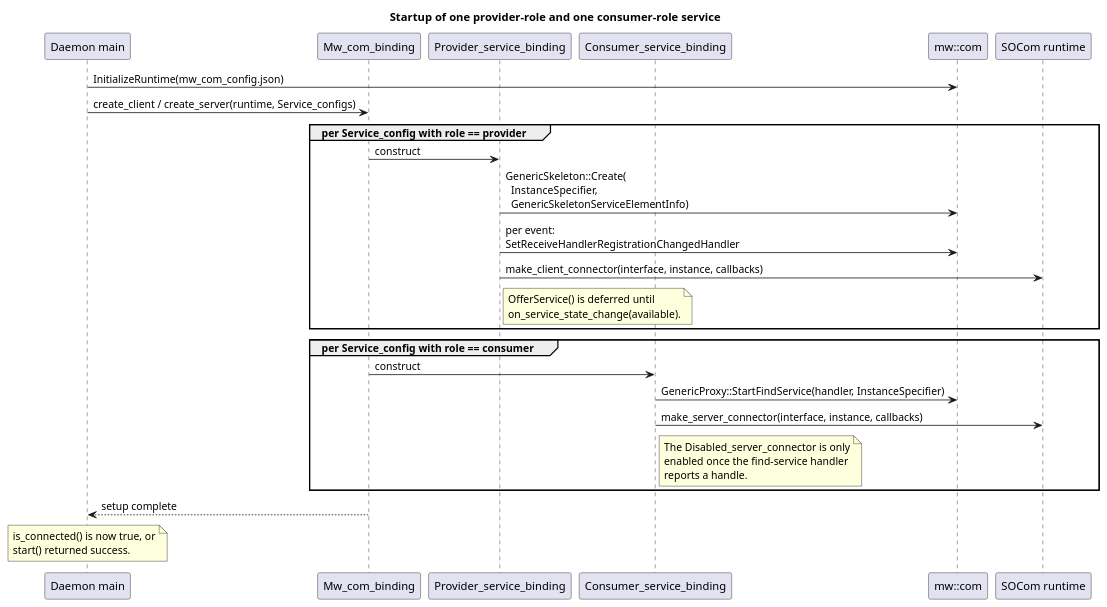
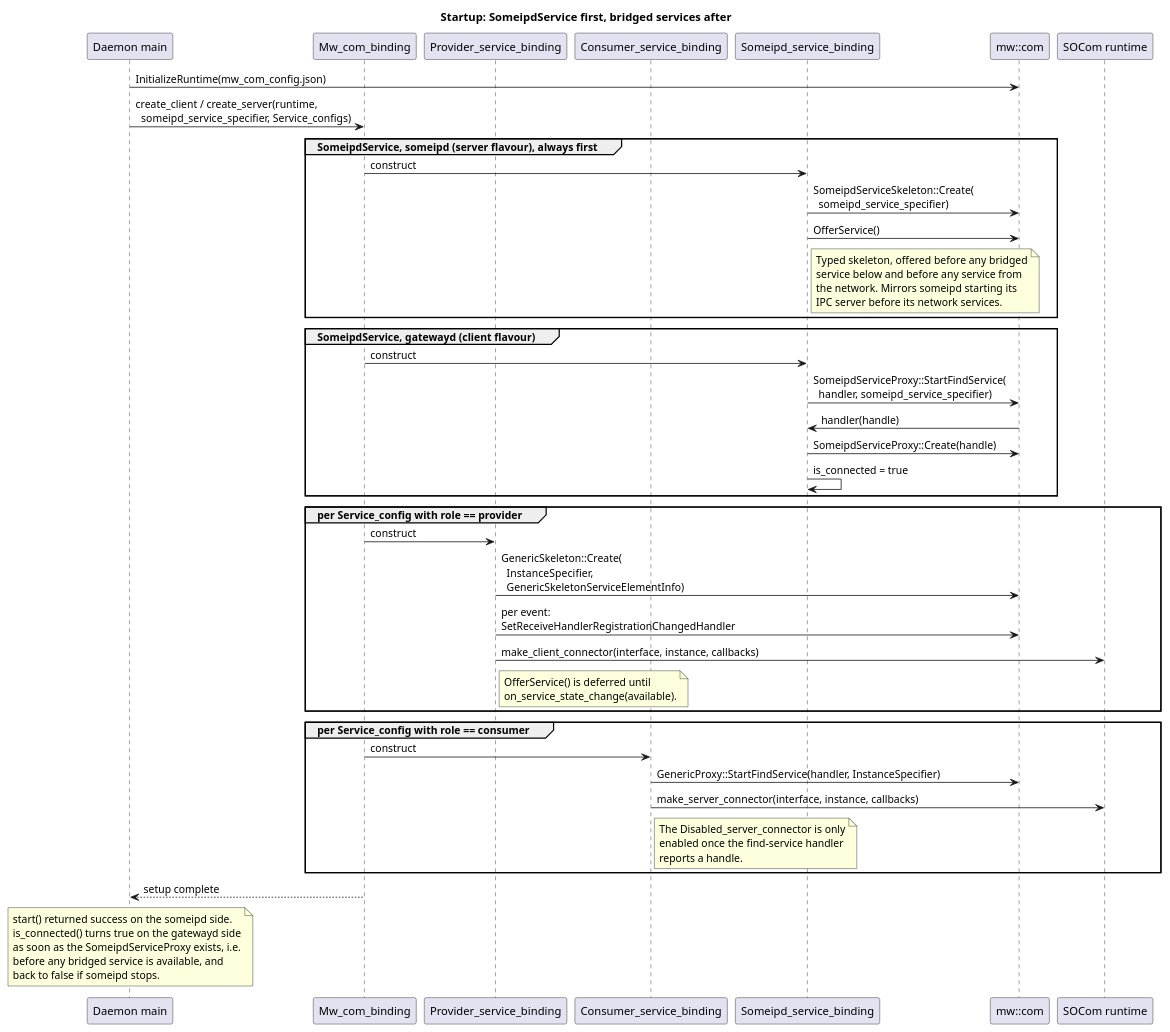
Before and after one commit to eclipse-score/inc_someip_gateway: the diagram in score/gateway_ipc_binding/docs/models/mw_com_startup.puml, drawn with PlantUML. The commit also changed 2 other files, not shown here.

Commit message:
Add SomeipdService for checking availability of someipd

```diff
--- a/score/gateway_ipc_binding/docs/models/mw_com_startup.puml
+++ b/score/gateway_ipc_binding/docs/models/mw_com_startup.puml
@@ -14,41 +14,65 @@
 @startuml
-title Startup of one provider-role and one consumer-role service
+title Startup: SomeipdService first, bridged services after
 
 participant "Daemon main" as main
 participant "Mw_com_binding" as binding
 participant "Provider_service_binding" as provider
 participant "Consumer_service_binding" as consumer
+participant "Someipd_service_binding" as sdsvc
 participant "mw::com" as mwcom
 participant "SOCom runtime" as socom
 
 main -> mwcom : InitializeRuntime(mw_com_config.json)
-main -> binding : create_client / create_server(runtime, Service_configs)
+main -> binding : create_client / create_server(runtime,\n  someipd_service_specifier, Service_configs)
+
+group SomeipdService, someipd (server flavour), always first
+  binding -> sdsvc : construct
+  sdsvc -> mwcom : SomeipdServiceSkeleton::Create(\n  someipd_service_specifier)
+  sdsvc -> mwcom : OfferService()
+  note right of sdsvc
+    Typed skeleton, offered before any bridged
+    service below and before any service from
+    the network. Mirrors someipd starting its
+    IPC server before its network services.
+  end note
+end
+
+group SomeipdService, gatewayd (client flavour)
+  binding -> sdsvc : construct
+  sdsvc -> mwcom : SomeipdServiceProxy::StartFindService(\n  handler, someipd_service_specifier)
+  mwcom -> sdsvc : handler(handle)
+  sdsvc -> mwcom : SomeipdServiceProxy::Create(handle)
+  sdsvc -> sdsvc : is_connected = true
+end
 
 group per Service_config with role == provider
   binding -> provider : construct
   provider -> mwcom : GenericSkeleton::Create(\n  InstanceSpecifier,\n  GenericSkeletonServiceElementInfo)
   provider -> mwcom : per event:\nSetReceiveHandlerRegistrationChangedHandler
   provider -> socom : make_client_connector(interface, instance, callbacks)
   note right of provider
     OfferService() is deferred until
     on_service_state_change(available).
   end note
 end
 
 group per Service_config with role == consumer
   binding -> consumer : construct
   consumer -> mwcom : GenericProxy::StartFindService(handler, InstanceSpecifier)
   consumer -> socom : make_server_connector(interface, instance, callbacks)
   note right of consumer
     The Disabled_server_connector is only
     enabled once the find-service handler
     reports a handle.
   end note
 end
 
 binding --> main : setup complete
 note over main
-  is_connected() is now true, or
-  start() returned success.
+  start() returned success on the someipd side.
+  is_connected() turns true on the gatewayd side
+  as soon as the SomeipdServiceProxy exists, i.e.
+  before any bridged service is available, and
+  back to false if someipd stops.
 end note
 @enduml
```
